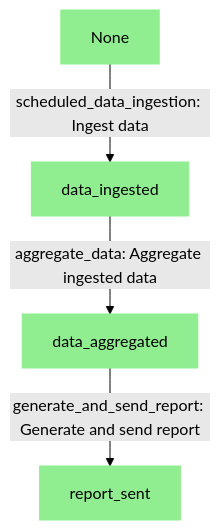
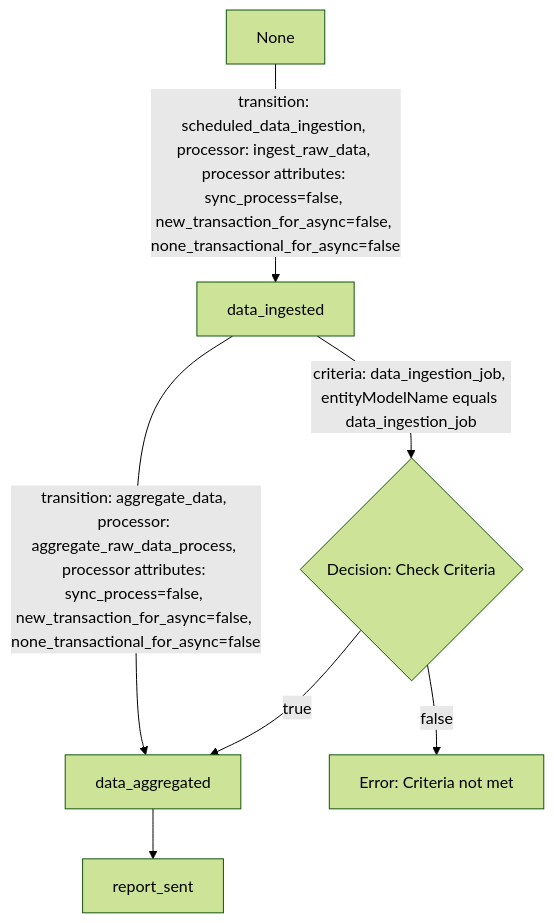
Before and after one commit to Cyoda-platform/cyoda-ai: the diagram in data/test-inputs/v1/cyoda/markdown_example.md, drawn with Mermaid (forest theme).

````diff
--- a/data/test-inputs/v1/cyoda/markdown_example.md
+++ b/data/test-inputs/v1/cyoda/markdown_example.md
@@ -1,10 +1,14 @@
 ```mermaid
 flowchart TD
-    A[None] -->|scheduled_data_ingestion: Ingest data| B[data_ingested]
-    B -->|aggregate_data: Aggregate ingested data| C[data_aggregated]
-    C -->|generate_and_send_report: Generate and send report| D[report_sent]
+    A[None] -->|transition: scheduled_data_ingestion, processor: ingest_raw_data, processor attributes: sync_process=false, new_transaction_for_async=false, none_transactional_for_async=false| B[data_ingested]
+    B -->|transition: aggregate_data, processor: aggregate_raw_data_process, processor attributes: sync_process=false, new_transaction_for_async=false, none_transactional_for_async=false| C[data_aggregated]
+    C --> D[report_sent]
+    
+    %% Decision point for the criteria
+    B -->|criteria: data_ingestion_job, entityModelName equals data_ingestion_job| D1{Decision: Check Criteria}
+    D1 -->|true| C
+    D1 -->|false| E[Error: Criteria not met]
+    
+    class A,B,C,D,D1 automated;
 
-    class A,B,C,D automated;
-
-    classDef automated fill:#90ee90,stroke:#90ee90;
 ```
````
